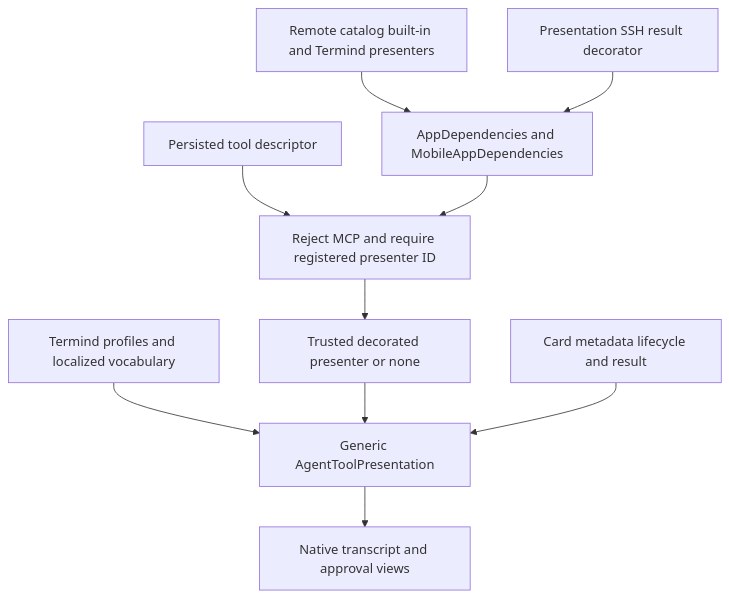
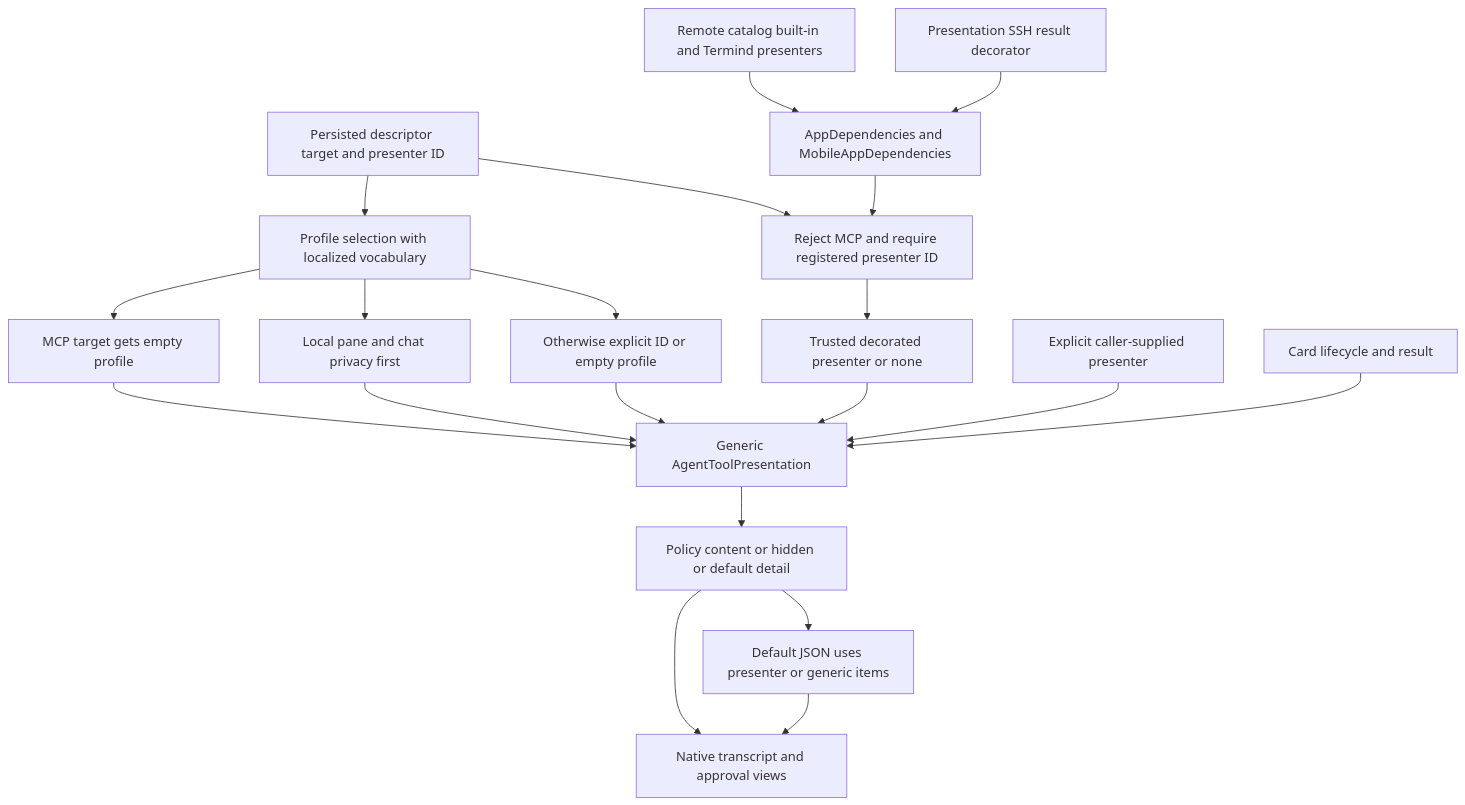
The sixth of 7 diagrams in openwiki/architecture/system-boundaries.md (AkinoKaede/Termind), drawn with Mermaid before and after one commit. The commit also changed other lines of this file and 18 other files, not shown here.

````diff
--- a/openwiki/architecture/system-boundaries.md
+++ b/openwiki/architecture/system-boundaries.md
@@ -309,12 +309,22 @@
 ```mermaid
 flowchart TD
     Catalog["Remote catalog built-in and Termind presenters"] --> Apps["AppDependencies and MobileAppDependencies"]
     Decorator["Presentation SSH result decorator"] --> Apps
-    Descriptor["Persisted tool descriptor"] --> Lookup["Reject MCP and require registered presenter ID"]
+    Descriptor["Persisted descriptor target and presenter ID"] --> Lookup["Reject MCP and require registered presenter ID"]
     Apps --> Lookup
     Lookup --> Presenter["Trusted decorated presenter or none"]
-    Profiles["Termind profiles and localized vocabulary"] --> Renderer["Generic AgentToolPresentation"]
+    Descriptor --> Profiles["Profile selection with localized vocabulary"]
+    Profiles --> MCP["MCP target gets empty profile"]
+    Profiles --> Local["Local pane and chat privacy first"]
+    Profiles --> ID["Otherwise explicit ID or empty profile"]
+    MCP --> Renderer["Generic AgentToolPresentation"]
+    Local --> Renderer
+    ID --> Renderer
     Presenter --> Renderer
-    Card["Card metadata lifecycle and result"] --> Renderer
-    Renderer --> Native["Native transcript and approval views"]
+    Explicit["Explicit caller-supplied presenter"] --> Renderer
+    Card["Card lifecycle and result"] --> Renderer
+    Renderer --> Detail["Policy content or hidden or default detail"]
+    Detail --> Default["Default JSON uses presenter or generic items"]
+    Detail --> Native["Native transcript and approval views"]
+    Default --> Native
 ```
````
